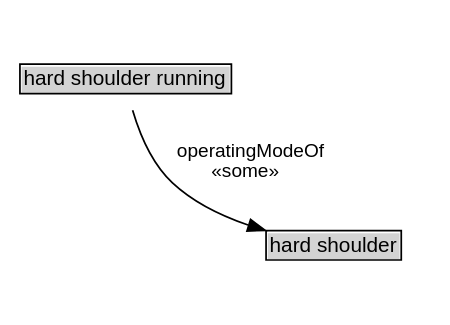
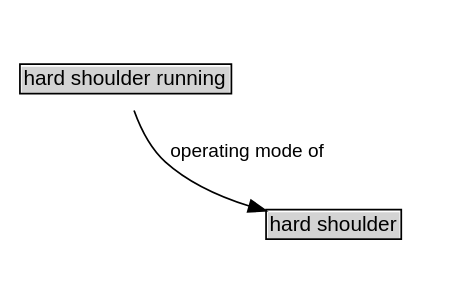
Before and after one commit to k-vaughn/iso14812: the diagram in docs/diagrams/hard shoulder running.dot, drawn with Graphviz. The commit also changed 3392 other files, not shown here.

```diff
--- a/docs/diagrams/hard shoulder running.dot
+++ b/docs/diagrams/hard shoulder running.dot
@@ -1,19 +1,18 @@
 // Diagram for hard shoulder running
 digraph {
 	graph [overlap=false rankdir=TB splines=true]
 	node [fontname=Arial fontsize=12 margin=0 shape=none]
 	edge [fontname=Arial fontsize=11]
 	{
 		rank=max
-		"hard shoulder running" [label=<<TABLE BORDER="1" CELLBORDER="0" CELLSPACING="0" CELLPADDING="1"><TR><TD BGCOLOR="lightgray" ALIGN="CENTER" PORT="e">hard shoulder running</TD></TR></TABLE>> URL="../classes/itsVocabulary__hard shoulder running.md" margin=0]
+		"hard shoulder running" [label=<<TABLE BORDER="1" CELLBORDER="0" CELLSPACING="0" CELLPADDING="1"><TR><TD BGCOLOR="lightgray" ALIGN="CENTER" PORT="e">hard shoulder running</TD></TR></TABLE>> margin=0]
 	}
 	subgraph cluster_associated {
 		label="" style=invis
 		Invis [label=<<TABLE BORDER="0" CELLBORDER="0" CELLSPACING="0" CELLPADDING="1"><TR><TD></TD></TR></TABLE>> margin=0 style=invis]
-		hardShoulder [label=<<TABLE BORDER="1" CELLBORDER="0" CELLSPACING="0" CELLPADDING="1"><TR><TD BGCOLOR="lightgray" ALIGN="CENTER">hard shoulder</TD></TR></TABLE>> URL="../hard shoulder/" margin=0 target=_top]
+		hardShoulder [label=<<TABLE BORDER="1" CELLBORDER="0" CELLSPACING="0" CELLPADDING="1"><TR><TD BGCOLOR="lightgray" ALIGN="CENTER">hard shoulder</TD></TR></TABLE>> URL="../terms/hard shoulder/" margin=0 target=_top]
 	}
 	"hard shoulder running" -> Invis [style=invis]
 	Invis -> hardShoulder [style=invis]
-	"hard shoulder running" -> hardShoulder [label=" operatingModeOf 
- «some»  " arrowhead=normal style=solid]
+	"hard shoulder running" -> hardShoulder [label=" operating mode of " arrowhead=normal style=solid]
 }
```
